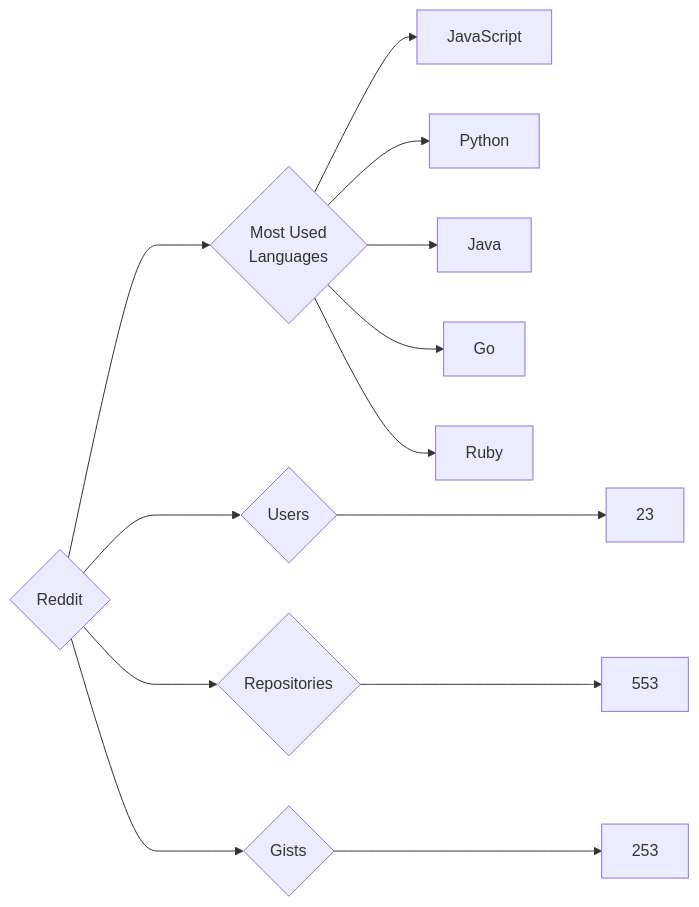
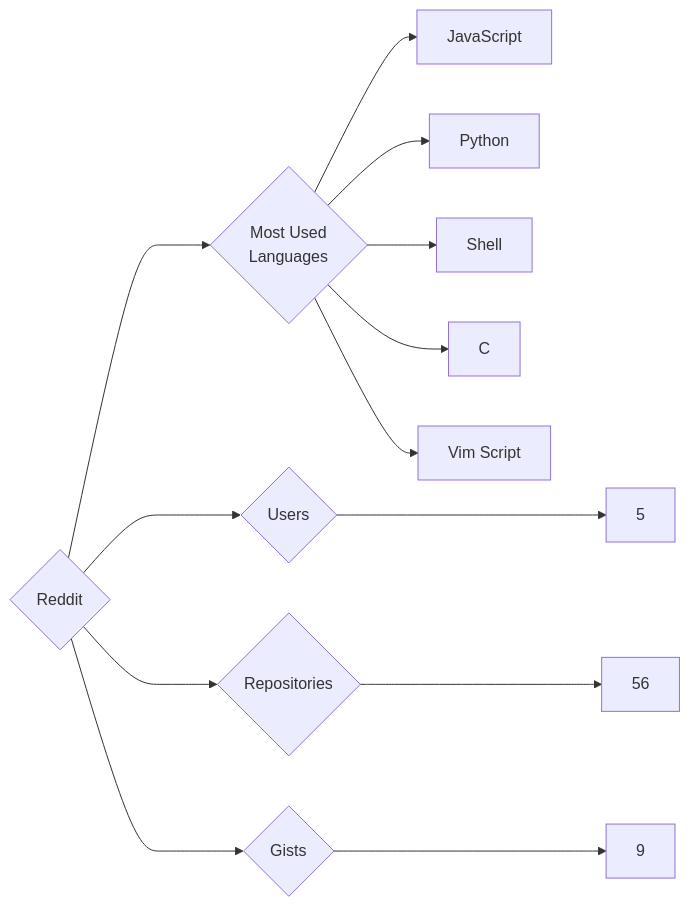
The diagram in targets/Reddit/README.md (trickest/insiders), drawn with Mermaid before and after one commit. The commit also changed 1496 other files, not shown here.

````diff
--- a/targets/Reddit/README.md
+++ b/targets/Reddit/README.md
@@ -3,13 +3,13 @@
 ```mermaid
 graph LR
 COMPANY_NAME{Reddit}
-COMPANY_NAME ---> U{Users} ---> UN[23]
-COMPANY_NAME ---> R{Repositories} ---> RN[553]
-COMPANY_NAME ---> G{Gists} ---> GN[253]
+COMPANY_NAME ---> U{Users} ---> UN[5]
+COMPANY_NAME ---> R{Repositories} ---> RN[56]
+COMPANY_NAME ---> G{Gists} ---> GN[9]
 COMPANY_NAME ---> ML{Most Used<br>Languages}
 ML --> JavaScript[JavaScript]
 ML --> Python[Python]
-ML --> Java[Java]
-ML --> Go[Go]
-ML --> Ruby[Ruby]
+ML --> Shell[Shell]
+ML --> C[C]
+ML --> Vim_Script[Vim Script]
 ```
````
